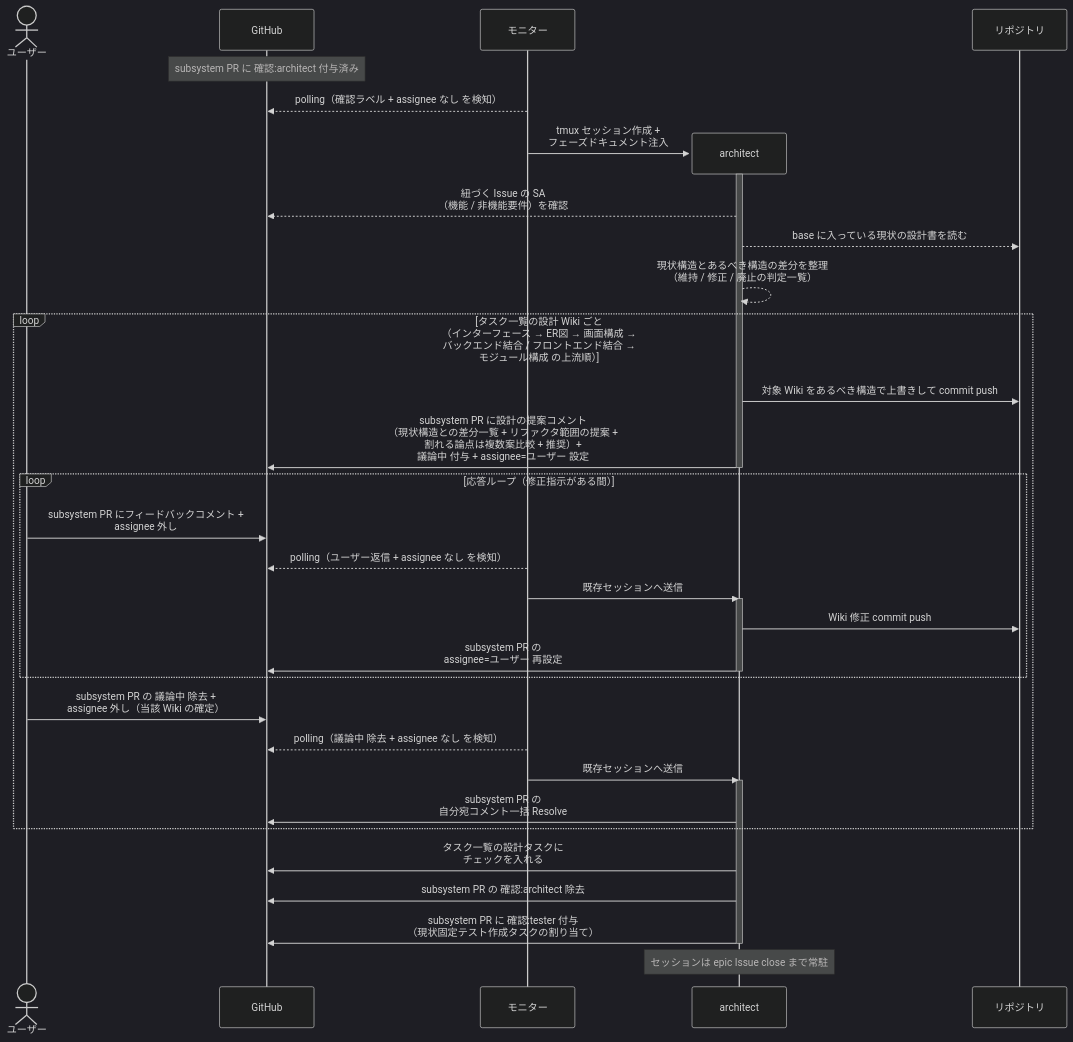
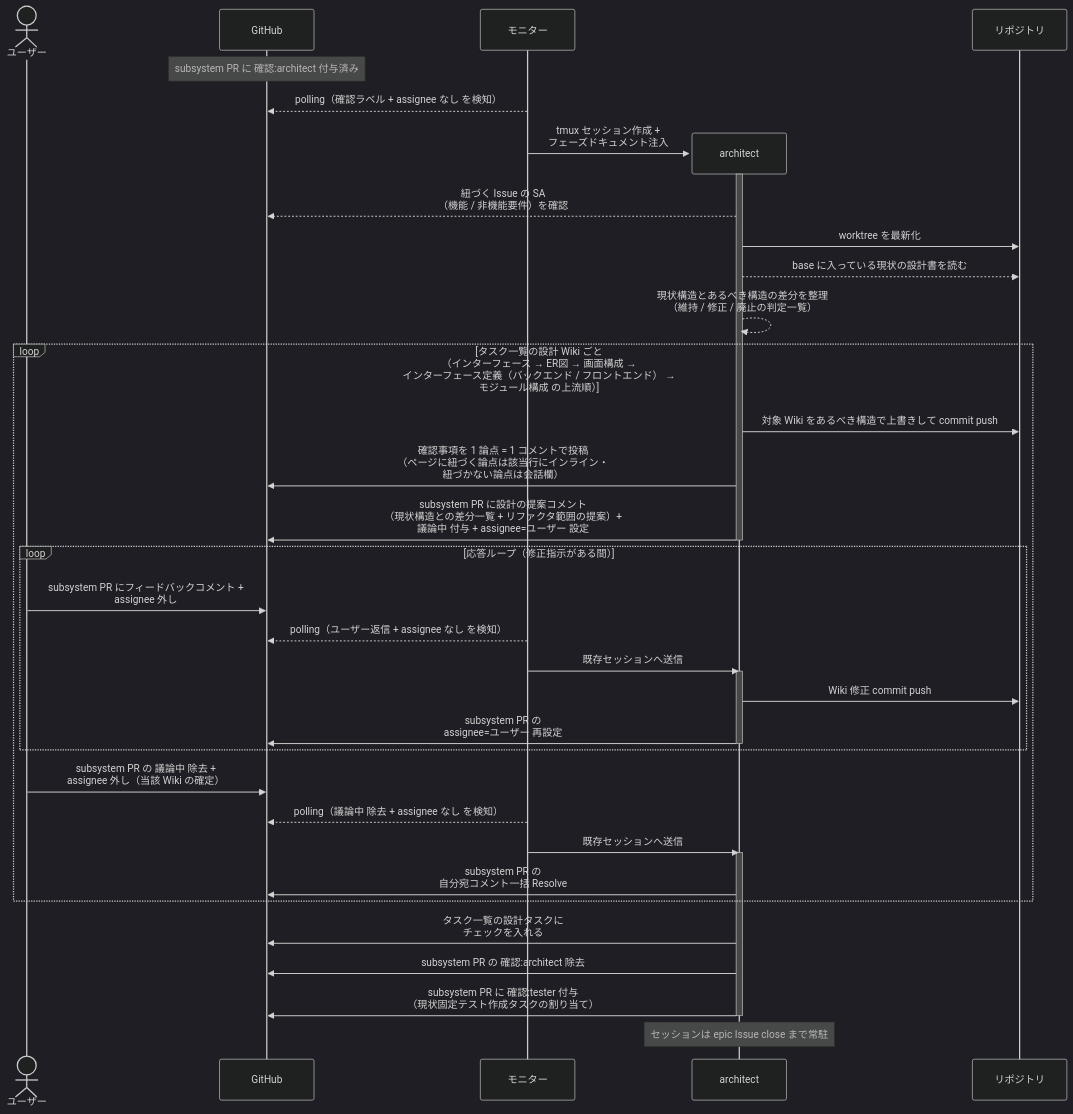
The fifth of 5 diagrams in docs/wiki/設計図/シナリオ/単一ユースケース/SS設計.md (shuhei1101/ai-monitor), drawn with Mermaid (dark theme) before and after one commit. The commit also changed other lines of this file and 304 other files, not shown here.

````diff
--- a/docs/wiki/設計図/シナリオ/単一ユースケース/SS設計.md
+++ b/docs/wiki/設計図/シナリオ/単一ユースケース/SS設計.md
@@ -231,44 +236,46 @@
 ```mermaid
 sequenceDiagram
   actor U as ユーザー
   participant GH as GitHub
   participant ORC as モニター
 
   Note over GH: subsystem PR に 確認:architect 付与済み
   ORC-->>GH: polling（確認ラベル + assignee なし を検知）
   create participant MON as architect
   ORC->>MON: tmux セッション作成 +<br>フェーズドキュメント注入
   participant REPO as リポジトリ
   activate MON
   MON-->>GH: 紐づく Issue の SA<br>（機能 / 非機能要件）を確認
+  MON->>REPO: worktree を最新化
   MON-->>REPO: base に入っている現状の設計書を読む
   MON-->>MON: 現状構造とあるべき構造の差分を整理<br>（維持 / 修正 / 廃止の判定一覧）
 
-  loop タスク一覧の設計 Wiki ごと<br>（インターフェース → ER図 → 画面構成 →<br>バックエンド結合 / フロントエンド結合 →<br>モジュール構成 の上流順）
+  loop タスク一覧の設計 Wiki ごと<br>（インターフェース → ER図 → 画面構成 →<br>インターフェース定義（バックエンド / フロントエンド） →<br>モジュール構成 の上流順）
     MON->>REPO: 対象 Wiki をあるべき構造で上書きして commit push
-    MON->>GH: subsystem PR に設計の提案コメント<br>（現状構造との差分一覧 + リファクタ範囲の提案 +<br>割れる論点は複数案比較 + 推奨）+<br>議論中 付与 + assignee=ユーザー 設定
+    MON->>GH: 確認事項を 1 論点 = 1 コメントで投稿<br>（ページに紐づく論点は該当行にインライン・<br>紐づかない論点は会話欄）
+    MON->>GH: subsystem PR に設計の提案コメント<br>（現状構造との差分一覧 + リファクタ範囲の提案）+<br>議論中 付与 + assignee=ユーザー 設定
     deactivate MON
 
     loop 応答ループ（修正指示がある間）
       U->>GH: subsystem PR にフィードバックコメント +<br>assignee 外し
       ORC-->>GH: polling（ユーザー返信 + assignee なし を検知）
       ORC->>MON: 既存セッションへ送信
       activate MON
       MON->>REPO: Wiki 修正 commit push
       MON->>GH: subsystem PR の<br>assignee=ユーザー 再設定
       deactivate MON
     end
 
     U->>GH: subsystem PR の 議論中 除去 +<br>assignee 外し（当該 Wiki の確定）
     ORC-->>GH: polling（議論中 除去 + assignee なし を検知）
     ORC->>MON: 既存セッションへ送信
     activate MON
     MON->>GH: subsystem PR の<br>自分宛コメント一括 Resolve
   end
 
   MON->>GH: タスク一覧の設計タスクに<br>チェックを入れる
   MON->>GH: subsystem PR の 確認:architect 除去
   MON->>GH: subsystem PR に 確認:tester 付与<br>（現状固定テスト作成タスクの割り当て）
   deactivate MON
   Note over MON: セッションは epic Issue close まで常駐
 ```
````
